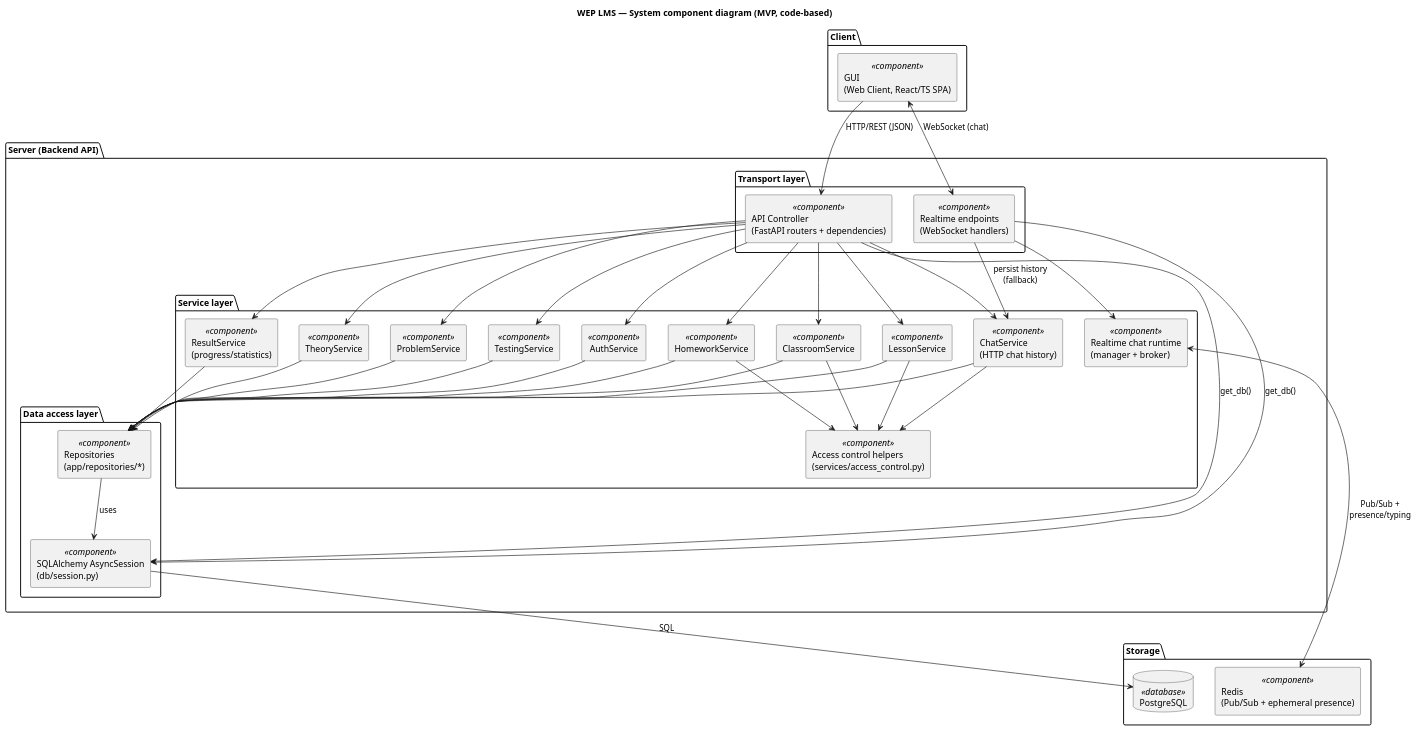
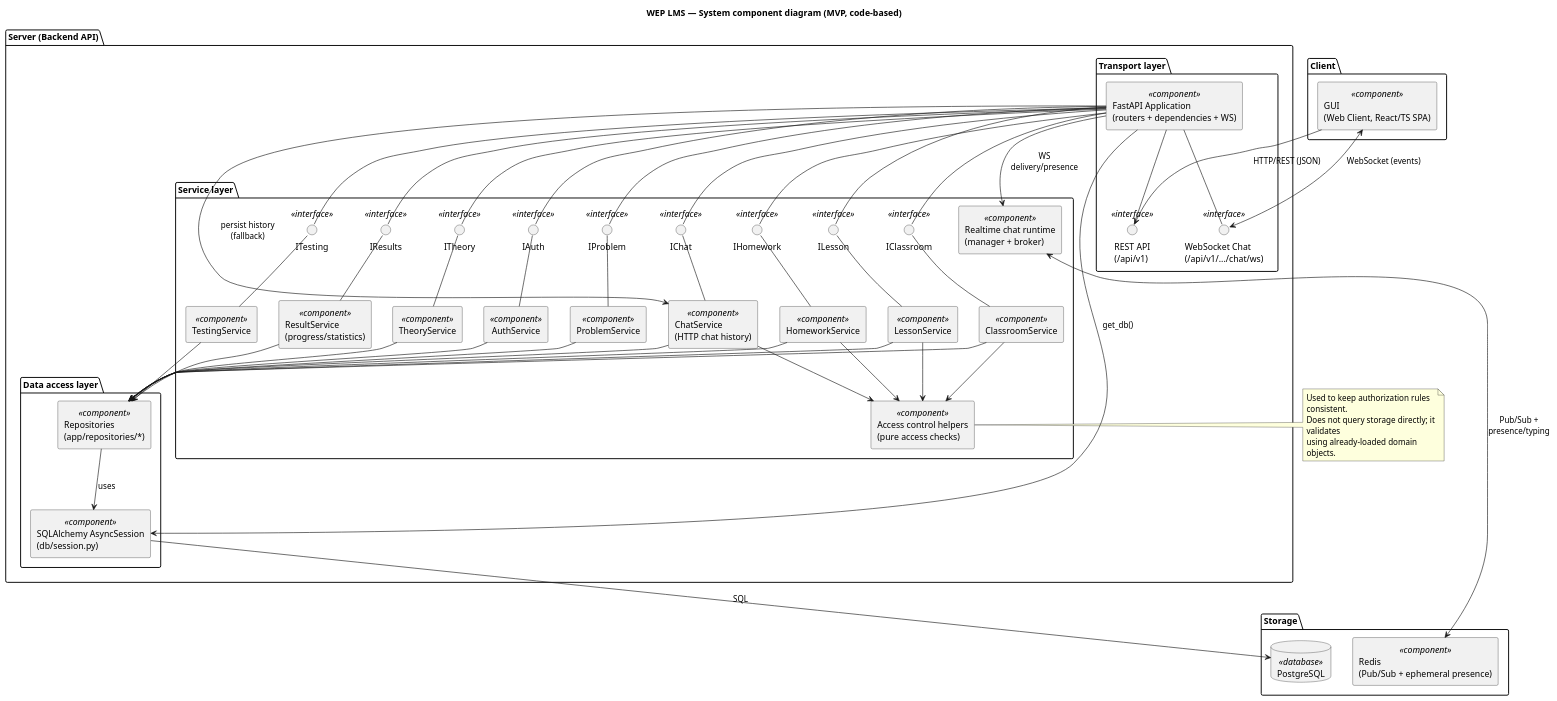
Before and after one commit to Kirill555dg/wep-education-platform: the diagram in docs/diagrams/component-diagram.puml, drawn with PlantUML. The commit also changed 1 other file, not shown here.

Commit message:
docs: unify FastAPI component; restore interfaces

```diff
--- a/docs/diagrams/component-diagram.puml
+++ b/docs/diagrams/component-diagram.puml
@@ -1,89 +1,122 @@
 @startuml
 title WEP LMS — System component diagram (MVP, code-based)
 
 skinparam componentStyle rectangle
 skinparam shadowing false
 skinparam wrapWidth 220
 skinparam maxMessageSize 120
 
 package "Client" as client {
   component "GUI\n(Web Client, React/TS SPA)" as GUI <<component>>
 }
 
 package "Server (Backend API)" as server {
   package "Transport layer" as transport {
-    component "API Controller\n(FastAPI routers + dependencies)" as API <<component>>
-    component "Realtime endpoints\n(WebSocket handlers)" as WS <<component>>
+    component "FastAPI Application\n(routers + dependencies + WS)" as API <<component>>
+
+    () "REST API\n(/api/v1)" as IRest <<interface>>
+    () "WebSocket Chat\n(/api/v1/.../chat/ws)" as IWs <<interface>>
   }
 
   package "Service layer" as services {
     component "AuthService" as AUTH <<component>>
     component "ClassroomService" as CLASSROOM <<component>>
     component "LessonService" as LESSON <<component>>
     component "HomeworkService" as HOMEWORK <<component>>
     component "ProblemService" as PROBLEM <<component>>
     component "TestingService" as TESTING <<component>>
     component "ResultService\n(progress/statistics)" as STATS <<component>>
     component "TheoryService" as THEORY <<component>>
     component "ChatService\n(HTTP chat history)" as CHAT <<component>>
 
-    component "Access control helpers\n(services/access_control.py)" as ACL <<component>>
+    component "Access control helpers\n(pure access checks)" as ACL <<component>>
     component "Realtime chat runtime\n(manager + broker)" as REALTIME <<component>>
+
+    () "IAuth" as IAuth <<interface>>
+    () "IClassroom" as IClassroom <<interface>>
+    () "ILesson" as ILesson <<interface>>
+    () "IHomework" as IHomework <<interface>>
+    () "IProblem" as IProblem <<interface>>
+    () "ITesting" as ITesting <<interface>>
+    () "IResults" as IResults <<interface>>
+    () "ITheory" as ITheory <<interface>>
+    () "IChat" as IChat <<interface>>
   }
 
   package "Data access layer" as dal {
     component "SQLAlchemy AsyncSession\n(db/session.py)" as SESSION <<component>>
     component "Repositories\n(app/repositories/*)" as REPOS <<component>>
   }
 }
 
 package "Storage" as storage {
   database "PostgreSQL" as DB <<database>>
   component "Redis\n(Pub/Sub + ephemeral presence)" as REDIS <<component>>
 }
 
-' Client ↔ Server
-GUI --> API : HTTP/REST (JSON)
-GUI <--> WS : WebSocket (chat)
+' External interfaces provided by FastAPI Application
+API -- IRest
+API -- IWs
 
-' Transport → Services (FastAPI Depends + DTO mapping)
-API --> AUTH
-API --> CLASSROOM
-API --> LESSON
-API --> HOMEWORK
-API --> PROBLEM
-API --> TESTING
-API --> STATS
-API --> THEORY
-API --> CHAT
+' Client ↔ Server (by interfaces)
+GUI --> IRest : HTTP/REST (JSON)
+GUI <--> IWs : WebSocket (events)
 
-WS --> REALTIME
-WS --> CHAT : persist history (fallback)
+' Transport → Service interfaces
+API -- IAuth
+API -- IClassroom
+API -- ILesson
+API -- IHomework
+API -- IProblem
+API -- ITesting
+API -- IResults
+API -- ITheory
+API -- IChat
+
+' Service interfaces → implementations
+IAuth -- AUTH
+IClassroom -- CLASSROOM
+ILesson -- LESSON
+IHomework -- HOMEWORK
+IProblem -- PROBLEM
+ITesting -- TESTING
+IResults -- STATS
+ITheory -- THEORY
+IChat -- CHAT
+
+' WS handlers (part of FastAPI app) use realtime runtime and persist history via chat service
+API --> REALTIME : WS delivery/presence
+API --> CHAT : persist history (fallback)
 
 ' Services → shared access rules (used only where imported in code)
 CLASSROOM --> ACL
 LESSON --> ACL
 HOMEWORK --> ACL
 CHAT --> ACL
 
 ' Services → DAL
 AUTH --> REPOS
 CLASSROOM --> REPOS
 LESSON --> REPOS
 HOMEWORK --> REPOS
 PROBLEM --> REPOS
 TESTING --> REPOS
 STATS --> REPOS
 THEORY --> REPOS
 CHAT --> REPOS
 
 REPOS --> SESSION : uses
 API --> SESSION : get_db()
-WS --> SESSION : get_db()
 
 SESSION --> DB : SQL
 
 ' Realtime infrastructure
 REALTIME <--> REDIS : Pub/Sub + presence/typing
 
+note right of ACL
+  Used to keep authorization rules consistent.
+  Does not query storage directly; it validates
+  using already-loaded domain objects.
+end note
+
 @enduml
```
